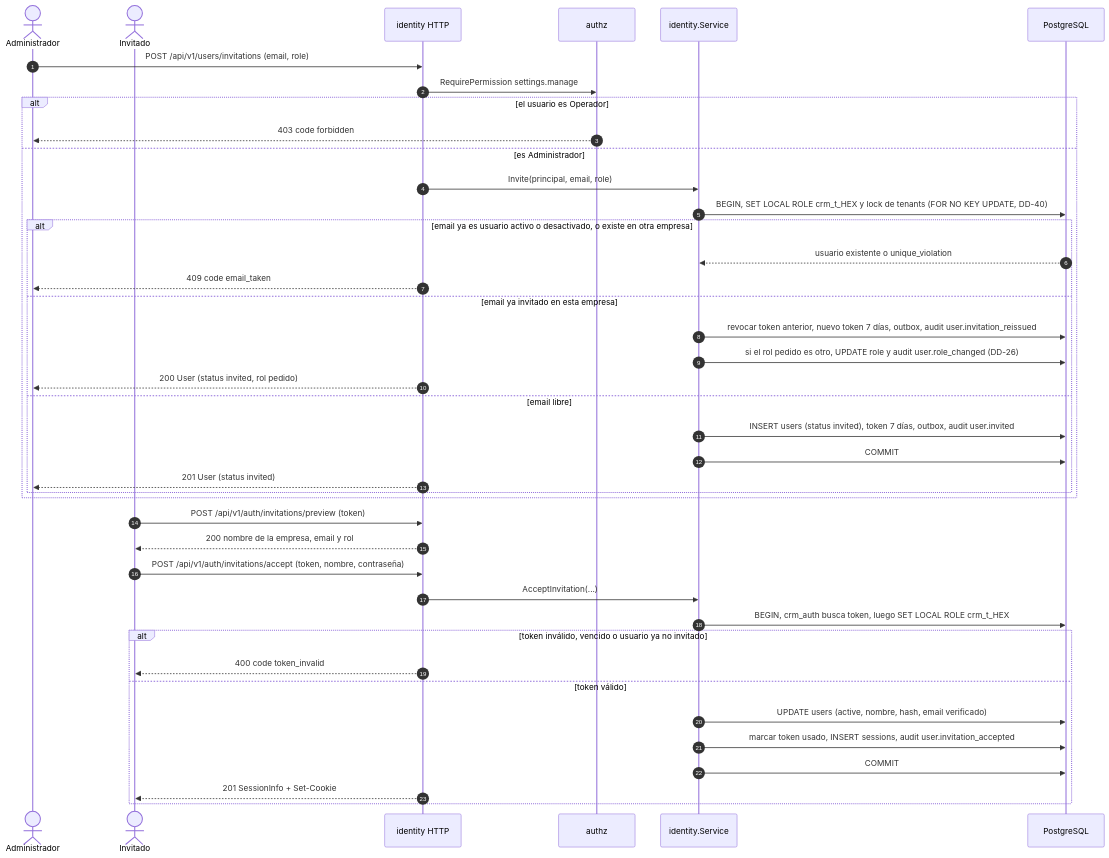
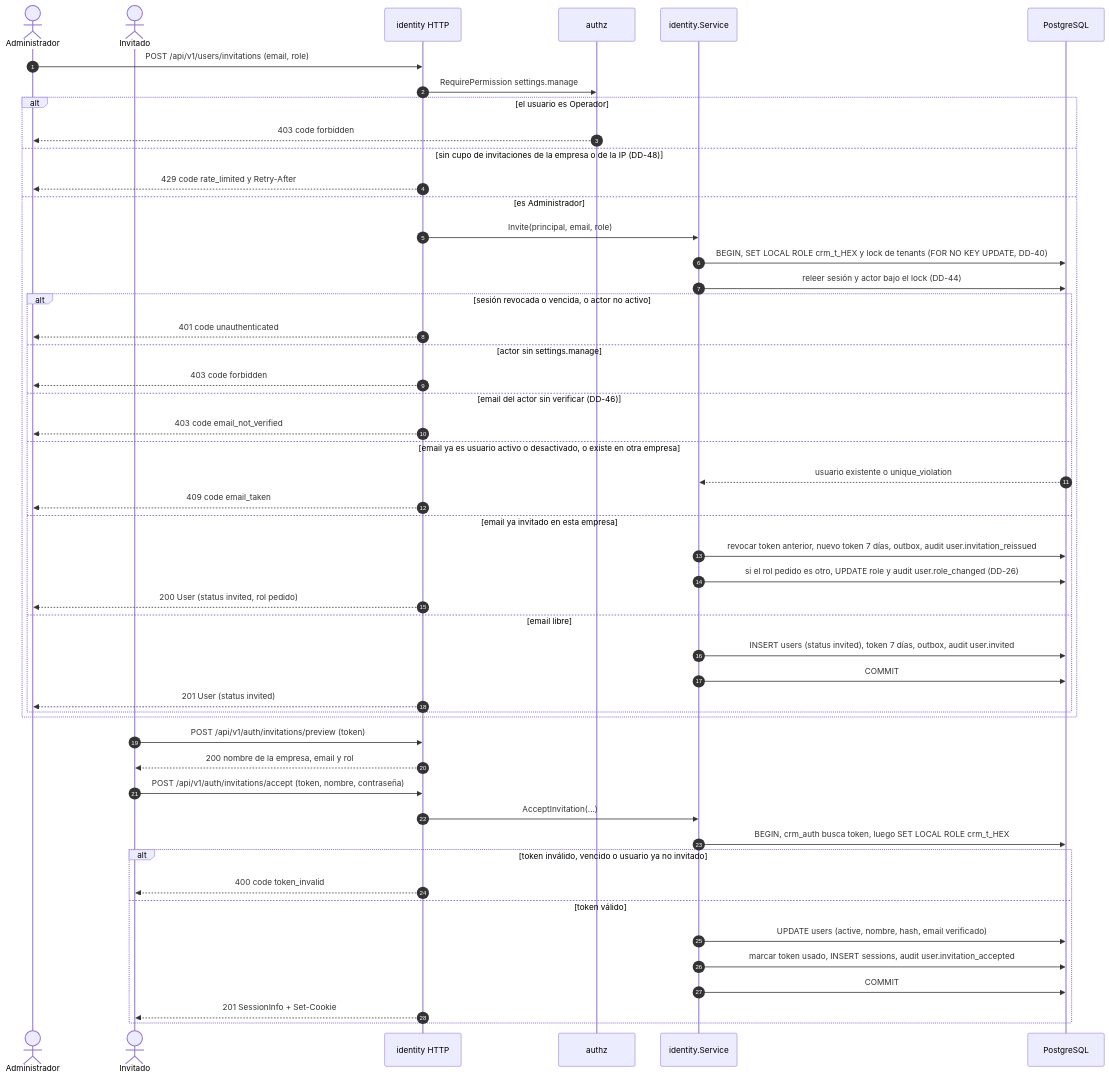
Before and after one commit to fdelillo/crm: the sixth of 12 diagrams in specs/001-empresas-usuarios/plan.md, drawn with Mermaid. The commit also changed other lines of this file and 9 other files, not shown here.

````diff
--- a/specs/001-empresas-usuarios/plan.md
+++ b/specs/001-empresas-usuarios/plan.md
@@ -513,45 +518,54 @@
 ```mermaid
 sequenceDiagram
     autonumber
     actor A as Administrador
     actor O as Invitado
     participant H as identity HTTP
     participant Z as authz
     participant S as identity.Service
     participant DB as PostgreSQL
 
     A->>H: POST /api/v1/users/invitations (email, role)
     H->>Z: RequirePermission settings.manage
     alt el usuario es Operador
         Z-->>A: 403 code forbidden
+    else sin cupo de invitaciones de la empresa o de la IP (DD-48)
+        H-->>A: 429 code rate_limited y Retry-After
     else es Administrador
         H->>S: Invite(principal, email, role)
         S->>DB: BEGIN, SET LOCAL ROLE crm_t_HEX y lock de tenants (FOR NO KEY UPDATE, DD-40)
-        alt email ya es usuario activo o desactivado, o existe en otra empresa
+        S->>DB: releer sesión y actor bajo el lock (DD-44)
+        alt sesión revocada o vencida, o actor no activo
+            H-->>A: 401 code unauthenticated
+        else actor sin settings.manage
+            H-->>A: 403 code forbidden
+        else email del actor sin verificar (DD-46)
+            H-->>A: 403 code email_not_verified
+        else email ya es usuario activo o desactivado, o existe en otra empresa
             DB-->>S: usuario existente o unique_violation
             H-->>A: 409 code email_taken
         else email ya invitado en esta empresa
             S->>DB: revocar token anterior, nuevo token 7 días, outbox, audit user.invitation_reissued
             S->>DB: si el rol pedido es otro, UPDATE role y audit user.role_changed (DD-26)
             H-->>A: 200 User (status invited, rol pedido)
         else email libre
             S->>DB: INSERT users (status invited), token 7 días, outbox, audit user.invited
             S->>DB: COMMIT
             H-->>A: 201 User (status invited)
         end
     end
 
     O->>H: POST /api/v1/auth/invitations/preview (token)
     H-->>O: 200 nombre de la empresa, email y rol
     O->>H: POST /api/v1/auth/invitations/accept (token, nombre, contraseña)
     H->>S: AcceptInvitation(...)
     S->>DB: BEGIN, crm_auth busca token, luego SET LOCAL ROLE crm_t_HEX
     alt token inválido, vencido o usuario ya no invitado
         H-->>O: 400 code token_invalid
     else token válido
         S->>DB: UPDATE users (active, nombre, hash, email verificado)
         S->>DB: marcar token usado, INSERT sessions, audit user.invitation_accepted
         S->>DB: COMMIT
         H-->>O: 201 SessionInfo + Set-Cookie
     end
 ```
````
